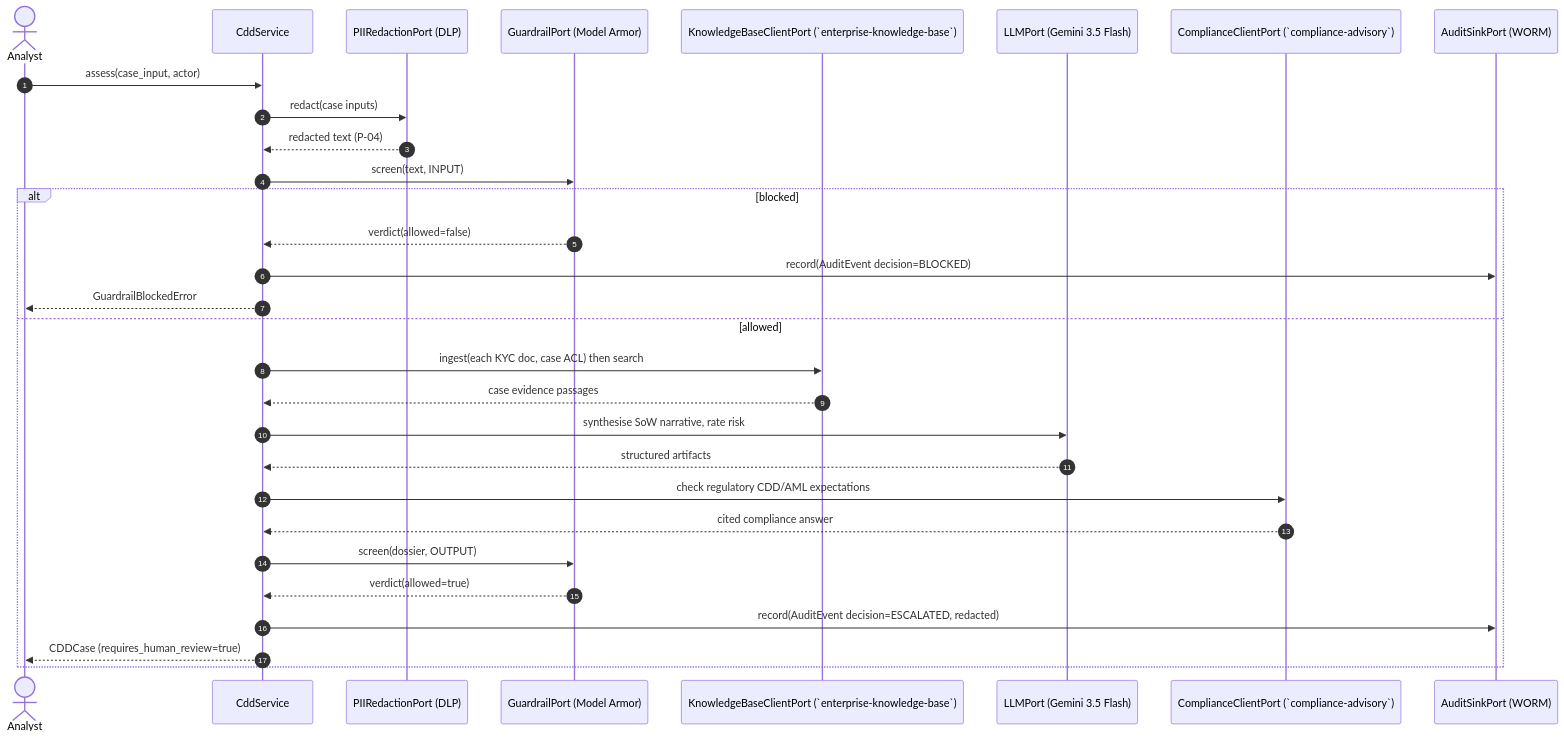
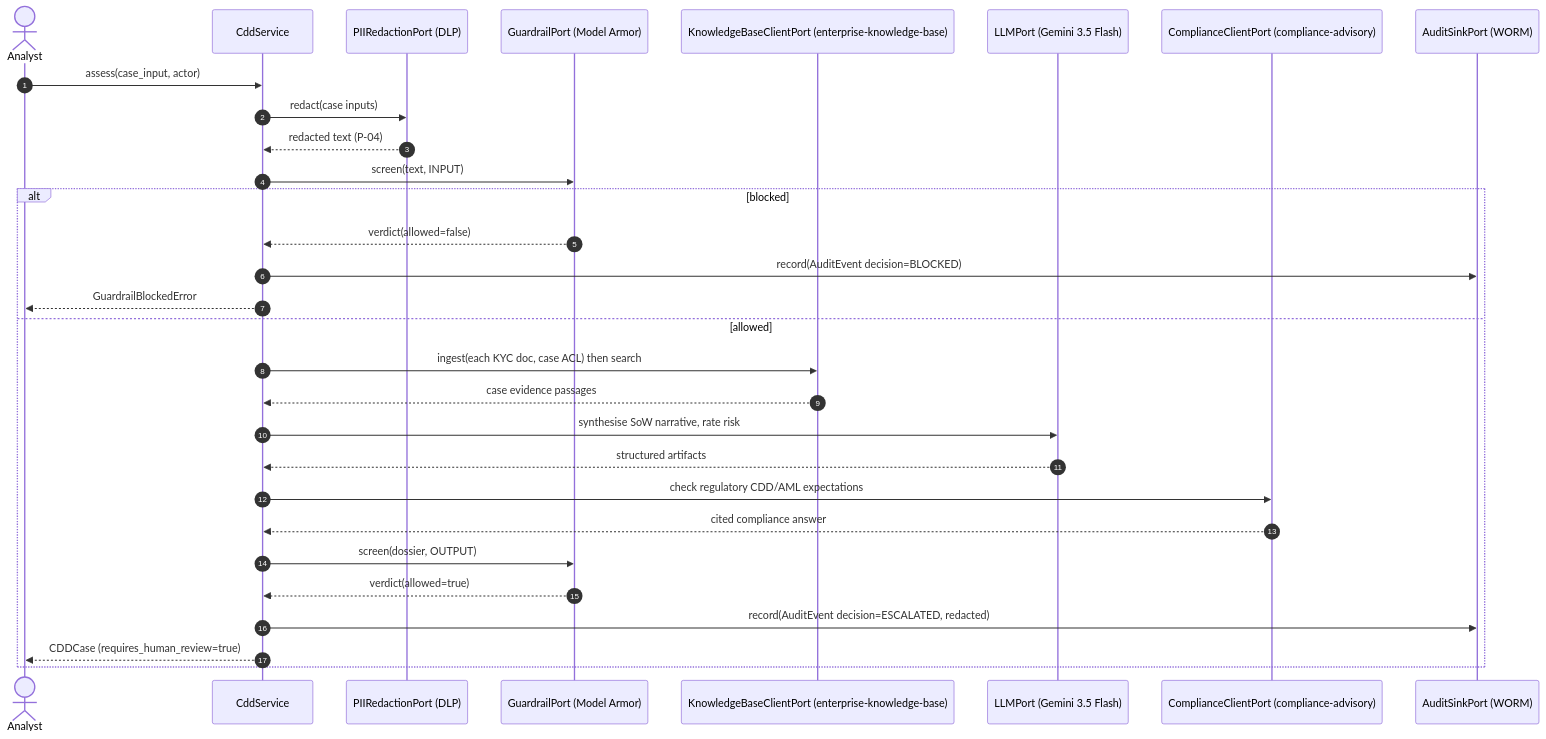
One commit to portable-genai/cdd-sow-research changed the second of 3 diagrams in README.md. Above: the diagram before and after it, drawn with Mermaid. The commit also changed other lines of this file and 24 other files, not shown here.

````diff
--- a/README.md
+++ b/README.md
@@ -322,33 +322,33 @@
 ```mermaid
 sequenceDiagram
     autonumber
     actor Analyst
     participant Svc as CddService
     participant Red as PIIRedactionPort (DLP)
     participant Grd as GuardrailPort (Model Armor)
-    participant KB as KnowledgeBaseClientPort (`enterprise-knowledge-base`)
+    participant KB as KnowledgeBaseClientPort (enterprise-knowledge-base)
     participant LLM as LLMPort (Gemini 3.5 Flash)
-    participant `compliance-advisory` as ComplianceClientPort (`compliance-advisory`)
+    participant CMP as ComplianceClientPort (compliance-advisory)
     participant Aud as AuditSinkPort (WORM)
 
     Analyst->>Svc: assess(case_input, actor)
     Svc->>Red: redact(case inputs)
     Red-->>Svc: redacted text (P-04)
     Svc->>Grd: screen(text, INPUT)
     alt blocked
         Grd-->>Svc: verdict(allowed=false)
         Svc->>Aud: record(AuditEvent decision=BLOCKED)
         Svc-->>Analyst: GuardrailBlockedError
     else allowed
         Svc->>KB: ingest(each KYC doc, case ACL) then search
         KB-->>Svc: case evidence passages
         Svc->>LLM: synthesise SoW narrative, rate risk
         LLM-->>Svc: structured artifacts
-        Svc->>`compliance-advisory`: check regulatory CDD/AML expectations
-        `compliance-advisory`-->>Svc: cited compliance answer
+        Svc->>CMP: check regulatory CDD/AML expectations
+        CMP-->>Svc: cited compliance answer
         Svc->>Grd: screen(dossier, OUTPUT)
         Grd-->>Svc: verdict(allowed=true)
         Svc->>Aud: record(AuditEvent decision=ESCALATED, redacted)
         Svc-->>Analyst: CDDCase (requires_human_review=true)
     end
 ```
````
